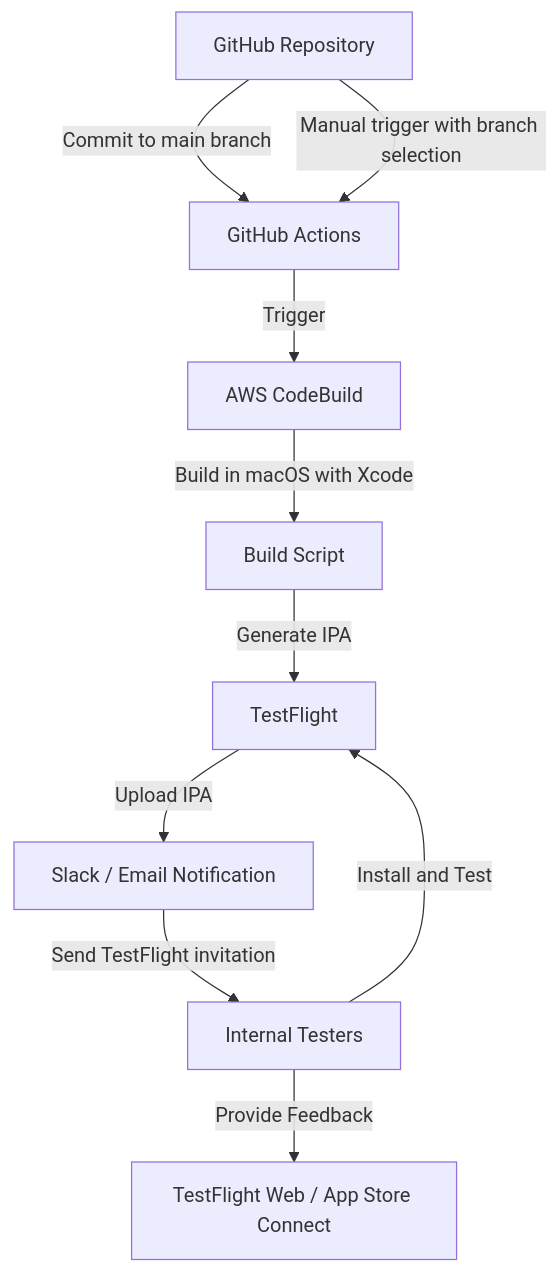
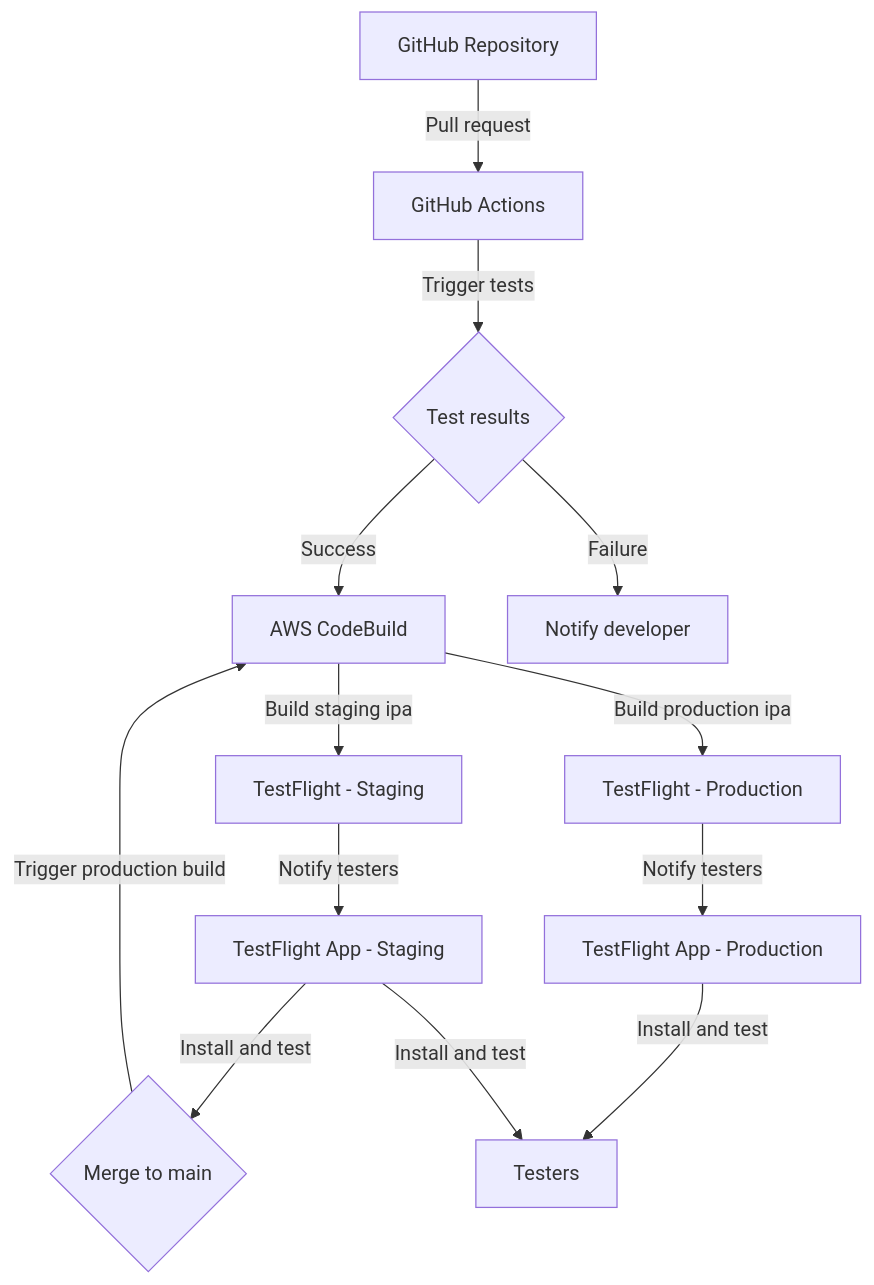
One commit to hamatz/tech_doc changed the third of 4 diagrams in android_build.md. Above: the diagram before and after it, drawn with Mermaid. The commit also changed other lines of this file, not shown here.

````diff
--- a/android_build.md
+++ b/android_build.md
@@ -260,12 +353,15 @@
 ```mermaid
 graph TD;
-    A[GitHub Repository] -->|Commit to main branch| B[GitHub Actions]
-    A -->|Manual trigger with branch selection| B
-    B -->|Trigger| C[AWS CodeBuild]
-    C -->|Build in macOS with Xcode| D[Build Script]
-    D -->|Generate IPA| E[TestFlight]
-    E -->|Upload IPA| F[Slack / Email Notification]
-    F -->|Send TestFlight invitation| G[Internal Testers]
-    G -->|Install and Test| E
-    G -->|Provide Feedback| H[TestFlight Web / App Store Connect]
+    A[GitHub Repository] -->|Pull request| B[GitHub Actions]
+    B -->|Trigger tests| C{Test results}
+    C -->|Success| D[AWS CodeBuild]
+    C -->|Failure| E[Notify developer]
+    D -->|Build staging ipa| F[TestFlight - Staging]
+    D -->|Build production ipa| G[TestFlight - Production]
+    F -->|Notify testers| H[TestFlight App - Staging]
+    G -->|Notify testers| I[TestFlight App - Production]
+    H -->|Install and test| J{Merge to main}
+    I -->|Install and test| K[Testers]
+    J -->|Trigger production build| D
+    H -->|Install and test| K
 ```
````
